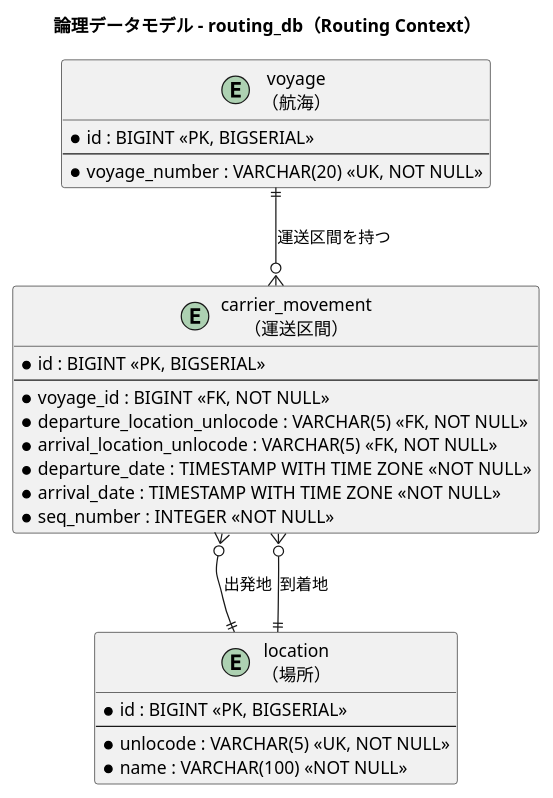
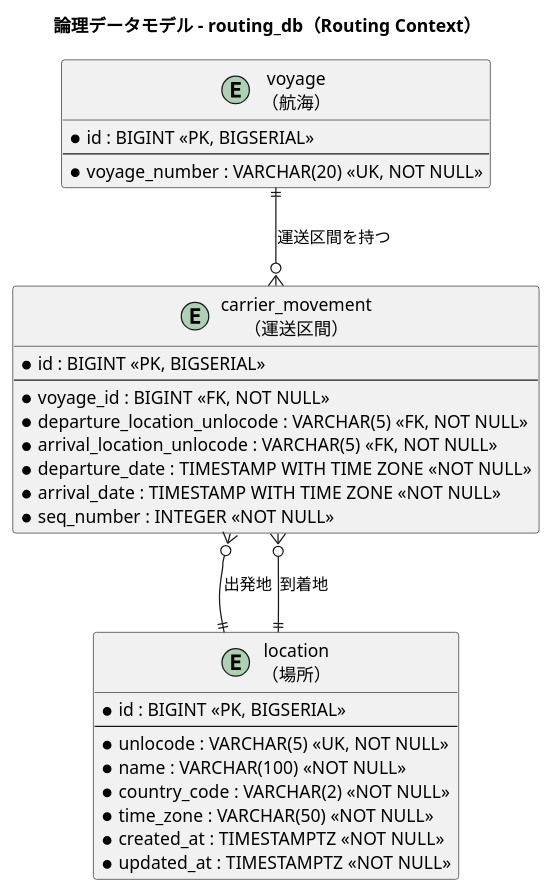
Before and after one commit to k2works/case-study-cargo-tracker: the fourth of 7 diagrams in docs/design/data-model.md, drawn with PlantUML. The commit also changed other lines of this file and 6 other files, not shown here.

First line of the commit message:
feat(schema): 地点マスタ複製の同期方法を決め、ずれを検査で落とす

````diff
--- a/docs/design/data-model.md
+++ b/docs/design/data-model.md
@@ -510,34 +510,38 @@
 ```plantuml
 @startuml
 title 論理データモデル - routing_db（Routing Context）
 
 entity "location\n（場所）" as location {
   * id : BIGINT <<PK, BIGSERIAL>>
   --
   * unlocode : VARCHAR(5) <<UK, NOT NULL>>
   * name : VARCHAR(100) <<NOT NULL>>
+  * country_code : VARCHAR(2) <<NOT NULL>>
+  * time_zone : VARCHAR(50) <<NOT NULL>>
+  * created_at : TIMESTAMPTZ <<NOT NULL>>
+  * updated_at : TIMESTAMPTZ <<NOT NULL>>
 }
 
 entity "voyage\n（航海）" as voyage {
   * id : BIGINT <<PK, BIGSERIAL>>
   --
   * voyage_number : VARCHAR(20) <<UK, NOT NULL>>
 }
 
 entity "carrier_movement\n（運送区間）" as carrier_movement {
   * id : BIGINT <<PK, BIGSERIAL>>
   --
   * voyage_id : BIGINT <<FK, NOT NULL>>
   * departure_location_unlocode : VARCHAR(5) <<FK, NOT NULL>>
   * arrival_location_unlocode : VARCHAR(5) <<FK, NOT NULL>>
   * departure_date : TIMESTAMP WITH TIME ZONE <<NOT NULL>>
   * arrival_date : TIMESTAMP WITH TIME ZONE <<NOT NULL>>
   * seq_number : INTEGER <<NOT NULL>>
 }
 
 voyage ||--o{ carrier_movement : "運送区間を持つ"
 carrier_movement }o--|| location : "出発地"
 carrier_movement }o--|| location : "到着地"
 
 @enduml
 ```
````
